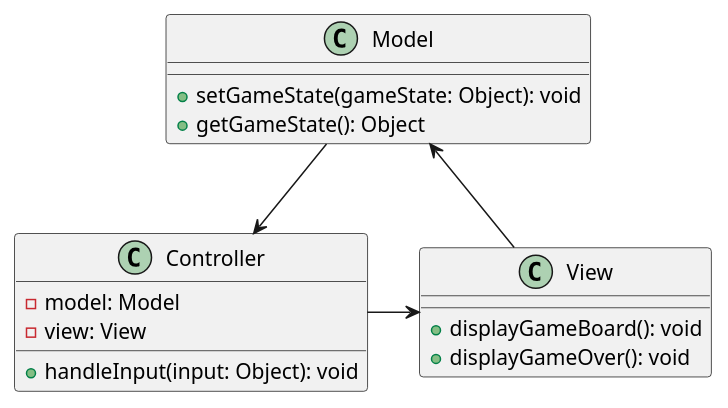
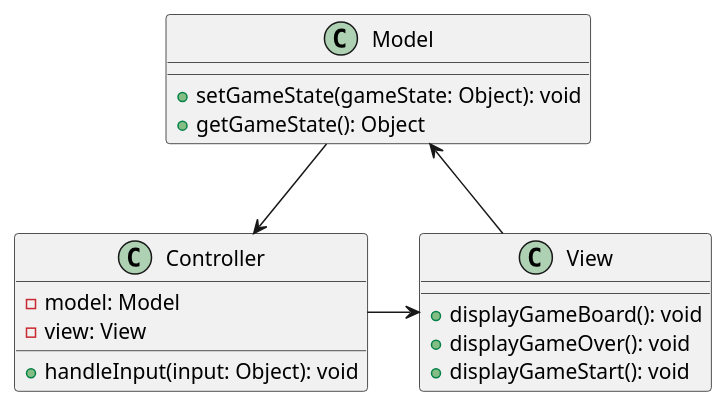
Before and after one commit to davidQva/aoop-project: the diagram in umlPlayground.plantuml, drawn with PlantUML. The commit also changed 1 other file, not shown here.

```diff
--- a/umlPlayground.plantuml
+++ b/umlPlayground.plantuml
@@ -1,22 +1,23 @@
 @startuml
 
 class Model {
     +setGameState(gameState: Object): void
     +getGameState(): Object
 }
 
 class View {
     +displayGameBoard(): void
     +displayGameOver(): void
+    +displayGameStart(): void
 }
 
 class Controller {
     -model: Model
     -view: View
     +handleInput(input: Object): void
 }
 
 Model -> Controller
 Controller -> View
 View --> Model
 @enduml
```
